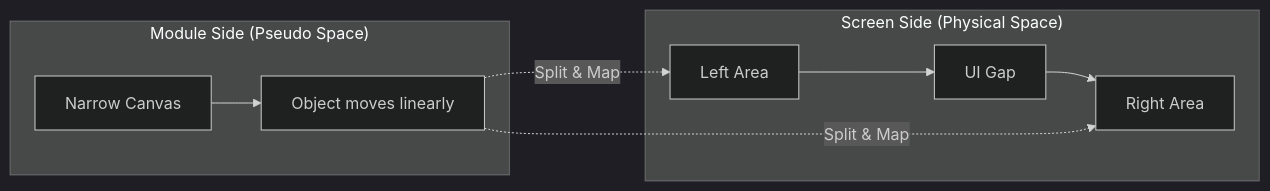
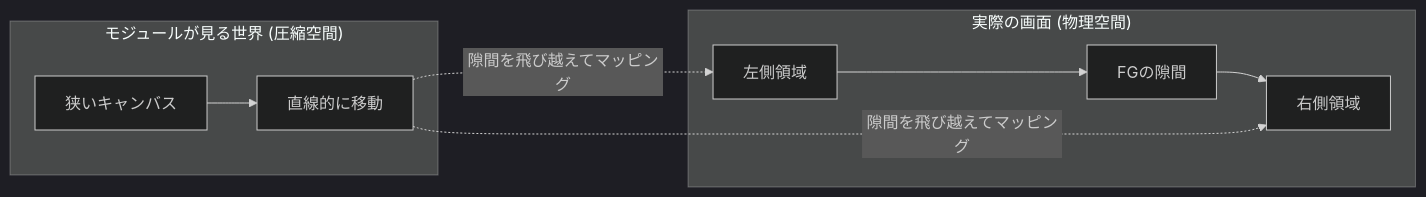
The second of 3 diagrams in docs/animation_module_spec.md (masanori-satake/QuickLog-Solo), drawn with Mermaid (dark theme) before and after one commit. The commit also changed other lines of this file and 21 other files, not shown here.

````diff
--- a/docs/animation_module_spec.md
+++ b/docs/animation_module_spec.md
@@ -210,11 +51,11 @@
 ```mermaid
 graph LR
-    subgraph "Module Side (Pseudo Space)"
-    P_Canvas[Narrow Canvas] --> P_Obj[Object moves linearly]
+    subgraph "モジュールが見る世界 (圧縮空間)"
+    P_Canvas[狭いキャンバス] --> P_Obj[直線的に移動]
     end
-    subgraph "Screen Side (Physical Space)"
-    S_Left[Left Area] --> S_UI[UI Gap] --> S_Right[Right Area]
-    P_Obj -. "Split & Map" .-> S_Left
-    P_Obj -. "Split & Map" .-> S_Right
+    subgraph "実際の画面 (物理空間)"
+    S_Left[左側領域] --> S_FG[FGの隙間] --> S_Right[右側領域]
+    P_Obj -. "隙間を飛び越えてマッピング" .-> S_Left
+    P_Obj -. "隙間を飛び越えてマッピング" .-> S_Right
     end
 ```
````
